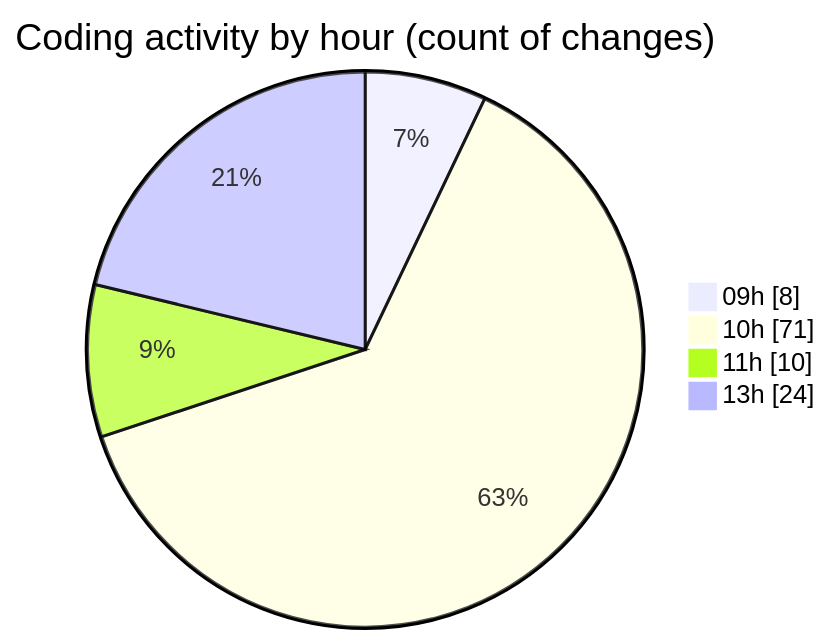
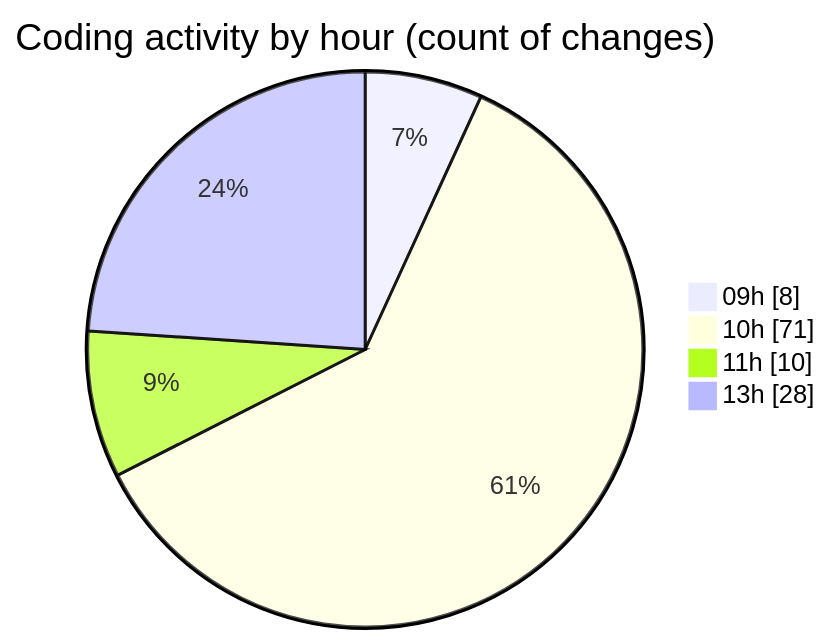
One commit to CELIANVF/code-tracking changed the second of 2 diagrams in 2025-06-03/ecodeli-1/README.md. Above: the diagram before and after it, drawn with Mermaid. The commit also changed other lines of this file and 1 other file, not shown here.

````diff
--- a/2025-06-03/ecodeli-1/README.md
+++ b/2025-06-03/ecodeli-1/README.md
@@ -72,8 +73,8 @@
 ```mermaid
 pie showData
 title Coding activity by hour (count of changes)
 "09h" : 8
 "10h" : 71
 "11h" : 10
-"13h" : 24
+"13h" : 28
 ```
````
